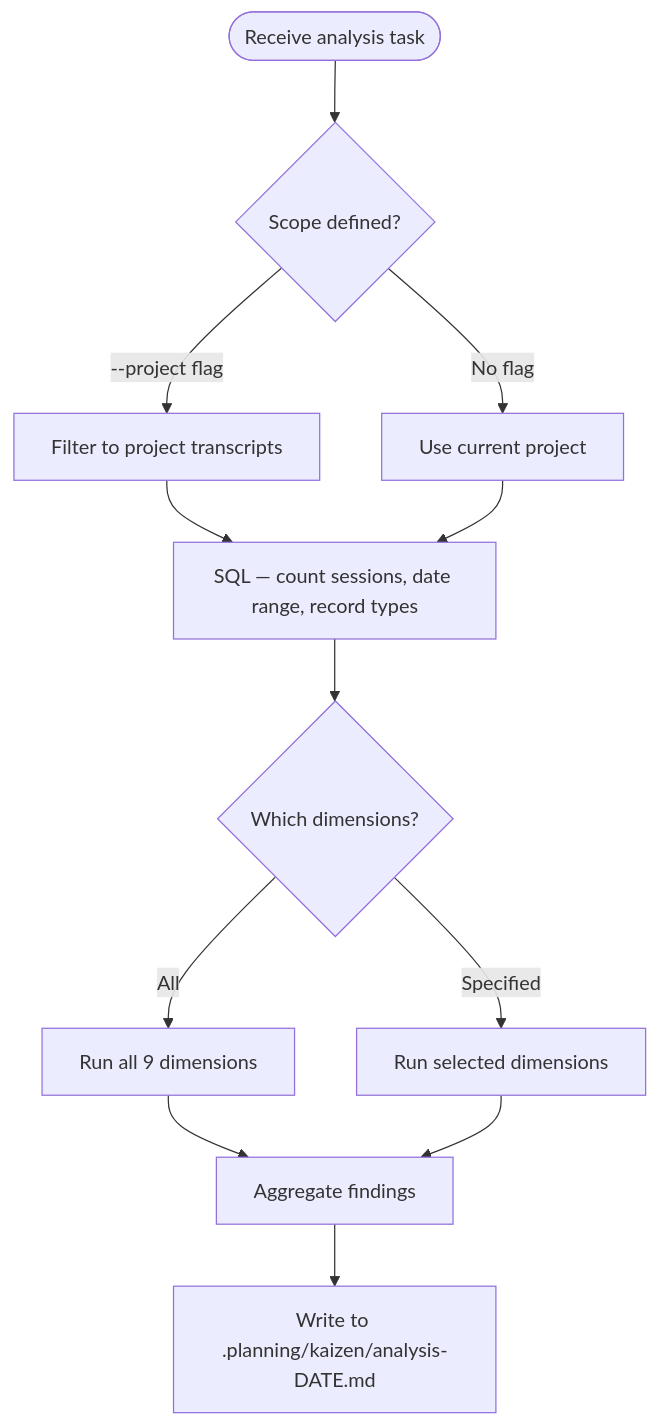
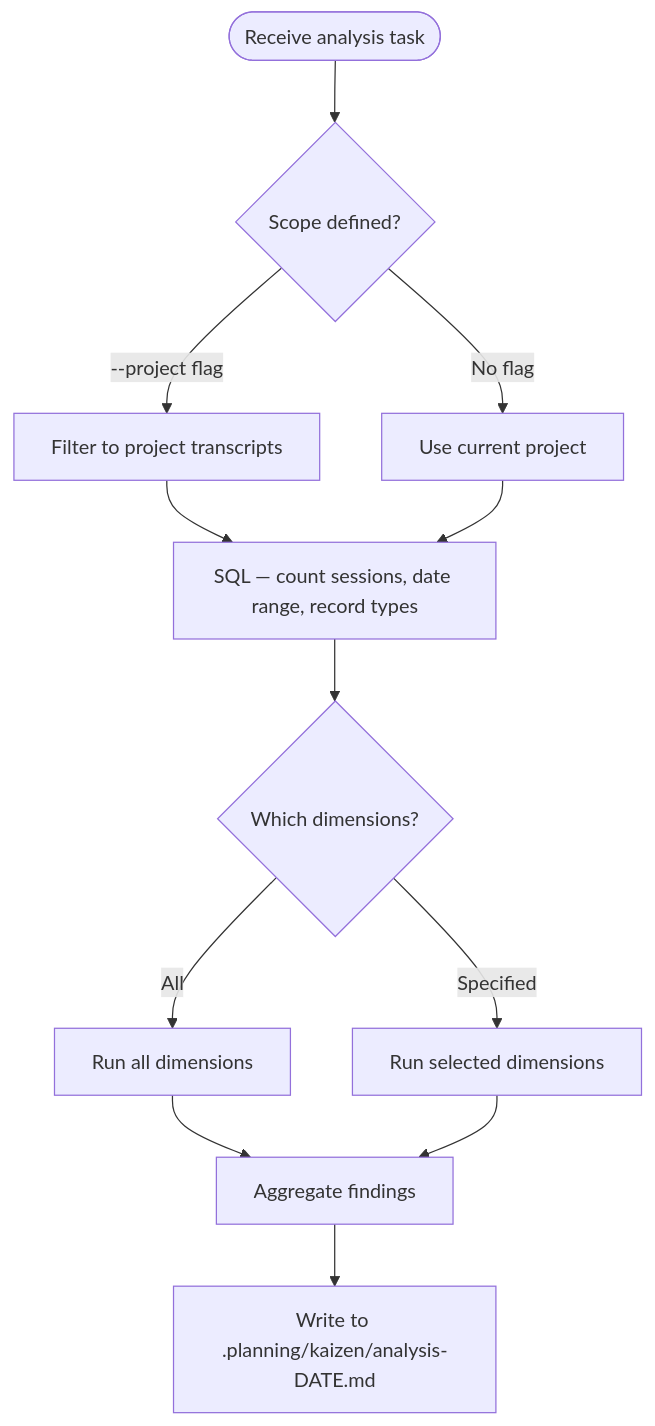
Before and after one commit to Jamie-BitFlight/claude_skills: the diagram in plugins/agentskill-kaizen/skills/transcript-analysis/SKILL.md, drawn with Mermaid. The commit also changed other lines of this file and 101 other files, not shown here.

````diff
--- a/plugins/agentskill-kaizen/skills/transcript-analysis/SKILL.md
+++ b/plugins/agentskill-kaizen/skills/transcript-analysis/SKILL.md
@@ -112,14 +112,14 @@
 ```mermaid
 flowchart TD
     Start([Receive analysis task]) --> Scope{Scope defined?}
     Scope -->|--project flag| Project[Filter to project transcripts]
     Scope -->|No flag| Default[Use current project]
     Project --> Discover[SQL — count sessions, date range, record types]
     Default --> Discover
     Discover --> Dimensions{Which dimensions?}
-    Dimensions -->|All| RunAll[Run all 9 dimensions]
+    Dimensions -->|All| RunAll[Run all dimensions]
     Dimensions -->|Specified| RunSelected[Run selected dimensions]
     RunAll --> Aggregate[Aggregate findings]
     RunSelected --> Aggregate
     Aggregate --> Write[Write to .planning/kaizen/analysis-DATE.md]
 ```
````
